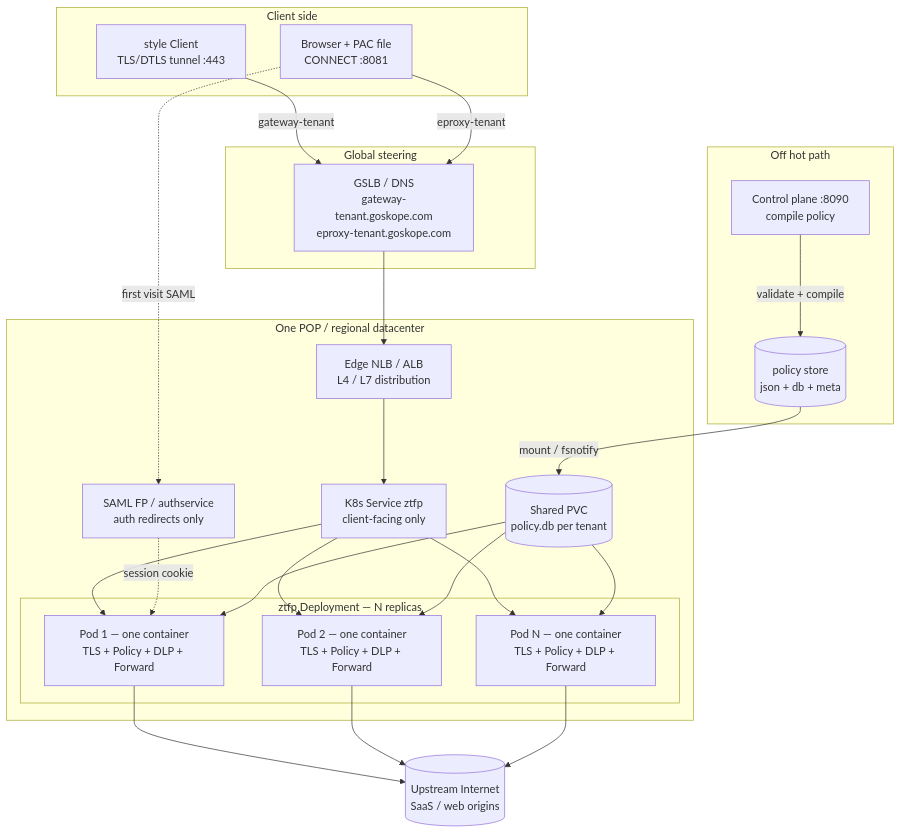
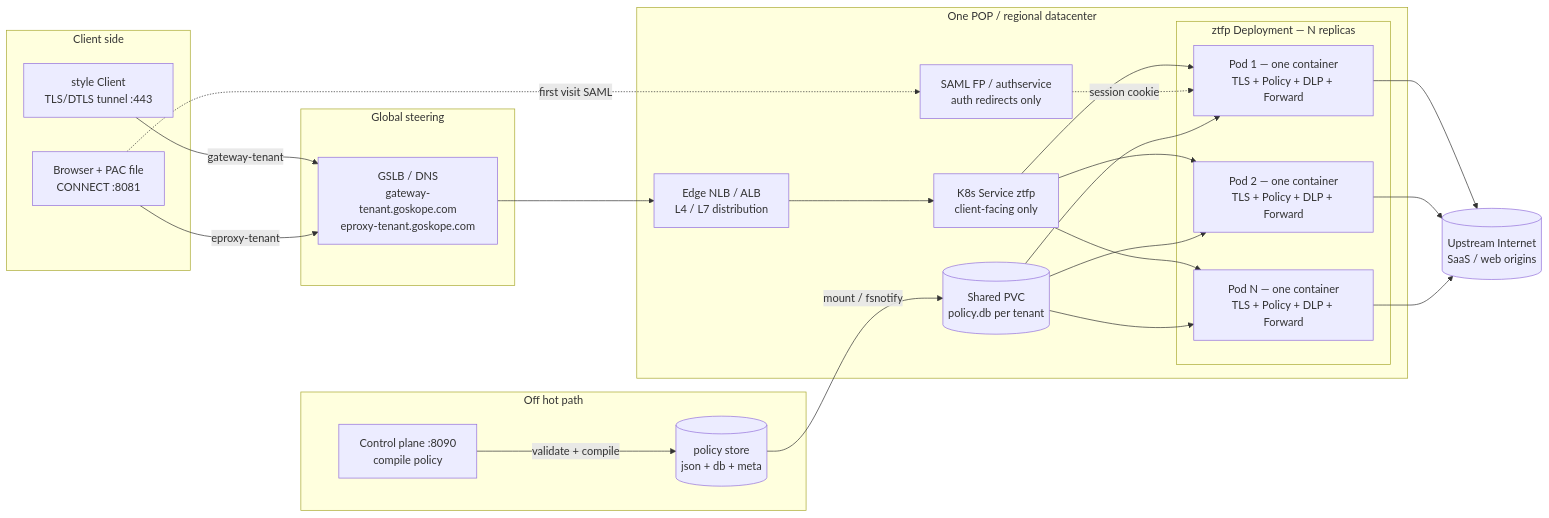
One commit to code-with-amitk/ZeroTrustForwardProxy changed the first of 4 diagrams in Documentation/architecture.md. Above: the diagram before and after it, drawn with Mermaid. The commit also changed other lines of this file and 1 other file, not shown here.

````diff
--- a/Documentation/architecture.md
+++ b/Documentation/architecture.md
@@ -28,52 +28,52 @@
 ```mermaid
-flowchart TB
+flowchart LR
     subgraph ClientSide [Client side]
         NC[style Client<br/>TLS/DTLS tunnel :443]
         BR[Browser + PAC file<br/>CONNECT :8081]
     end
 
     subgraph Global [Global steering]
         GSLB[GSLB / DNS<br/>gateway-tenant.goskope.com<br/>eproxy-tenant.goskope.com]
     end
 
     subgraph POP [One POP / regional datacenter]
         Edge[Edge NLB / ALB<br/>L4 / L7 distribution]
         K8sSvc[K8s Service ztfp<br/>client-facing only]
         Auth[SAML FP / authservice<br/>auth redirects only]
 
         subgraph ZtfpDeploy [ztfp Deployment — N replicas]
             P1["Pod 1 — one container<br/>TLS + Policy + DLP + Forward"]
             P2["Pod 2 — one container<br/>TLS + Policy + DLP + Forward"]
             PN["Pod N — one container<br/>TLS + Policy + DLP + Forward"]
         end
 
         PVC[(Shared PVC<br/>policy.db per tenant)]
     end
 
     subgraph OffHotPath [Off hot path]
         MP[Control plane :8090<br/>compile policy]
         CPStore[(policy store<br/>json + db + meta)]
     end
 
     Internet[(Upstream Internet<br/>SaaS / web origins)]
 
     NC -->|gateway-tenant| GSLB
     BR -->|eproxy-tenant| GSLB
     GSLB --> Edge
     Edge --> K8sSvc
     K8sSvc --> P1
     K8sSvc --> P2
     K8sSvc --> PN
     BR -.->|first visit SAML| Auth
     Auth -.->|session cookie| P1
 
     MP -->|validate + compile| CPStore
     CPStore -->|mount / fsnotify| PVC
     PVC --> P1
     PVC --> P2
     PVC --> PN
 
     P1 --> Internet
     P2 --> Internet
     PN --> Internet
 ```
````
